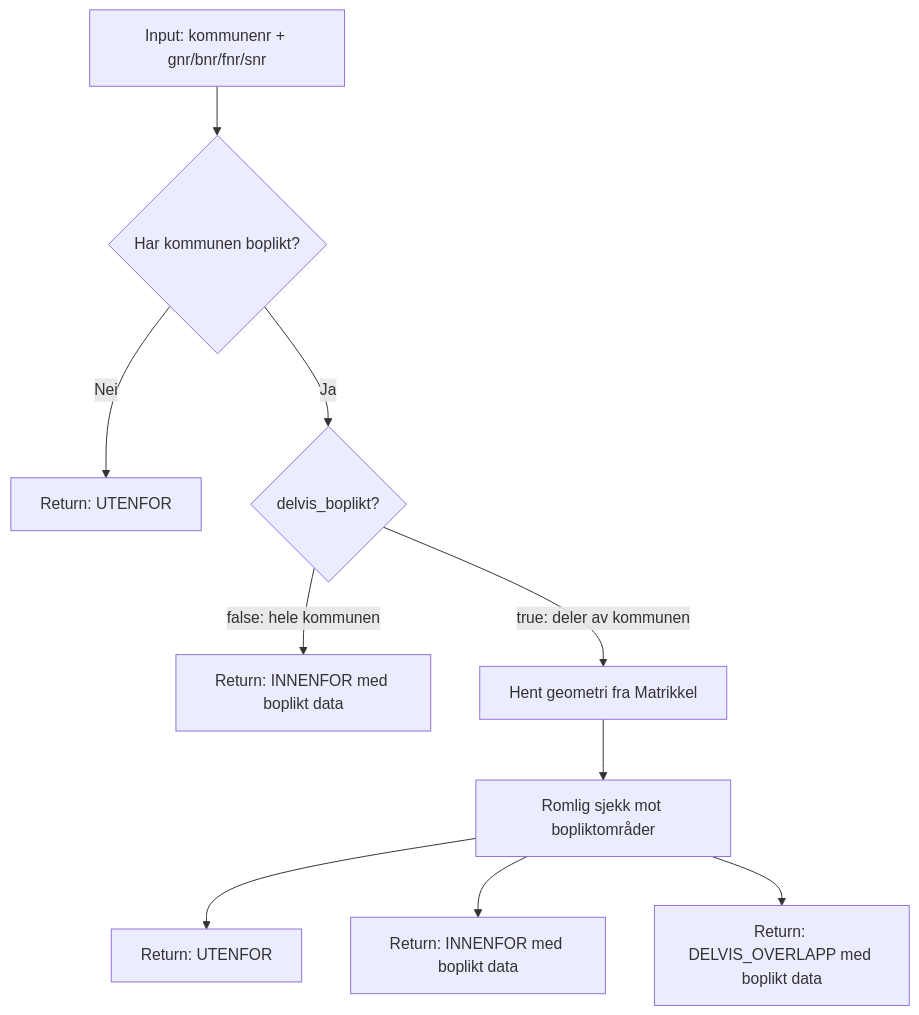
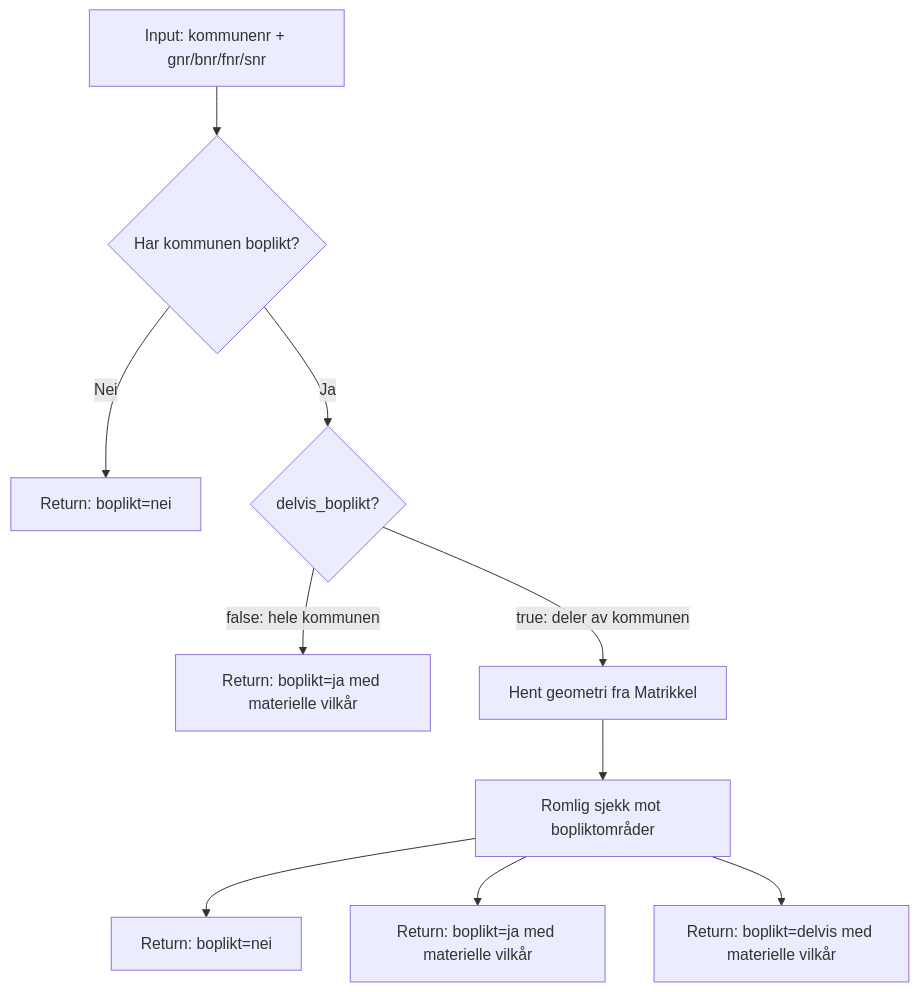
Before and after one commit to kartverket/smia-ogc-api: the second of 2 diagrams in docs/bopliktsjekken.md, drawn with Mermaid. The commit also changed other lines of this file and 5 other files, not shown here.

````diff
--- a/docs/bopliktsjekken.md
+++ b/docs/bopliktsjekken.md
@@ -29,12 +29,12 @@
 ```mermaid
 flowchart TD
     A[Input: kommunenr + gnr/bnr/fnr/snr] --> B{Har kommunen boplikt?}
-    B -- Nei --> C[Return: UTENFOR]
+    B -- Nei --> C[Return: boplikt=nei]
     B -- Ja --> D{delvis_boplikt?}
-    D -- false: hele kommunen --> E[Return: INNENFOR med boplikt data]
+    D -- false: hele kommunen --> E[Return: boplikt=ja med materielle vilkår]
     D -- true: deler av kommunen --> F[Hent geometri fra Matrikkel]
     F --> G[Romlig sjekk mot bopliktområder]
-    G --> H[Return: UTENFOR]
-    G --> I[Return: INNENFOR med boplikt data]
-    G --> J[Return: DELVIS_OVERLAPP med boplikt data]
+    G --> H[Return: boplikt=nei]
+    G --> I[Return: boplikt=ja med materielle vilkår]
+    G --> J[Return: boplikt=delvis med materielle vilkår]
 ```
````
